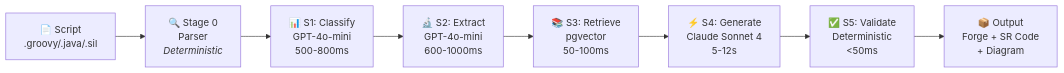
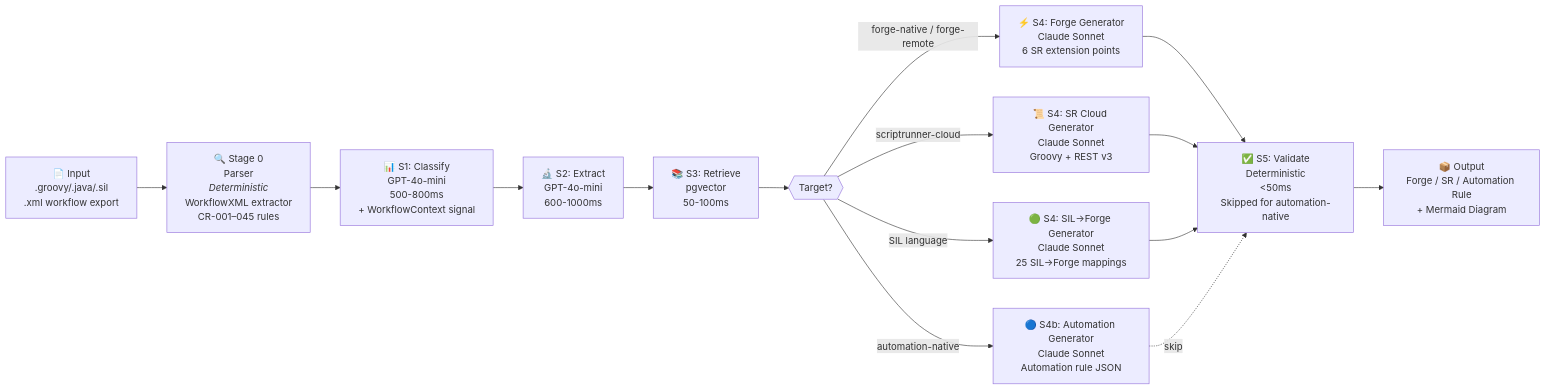
Before and after one commit to mranerov-creator/AtlasReforge: the third of 7 diagrams in docs/technical/architecture.md, drawn with Mermaid. The commit also changed other lines of this file and 3 other files, not shown here.

````diff
--- a/docs/technical/architecture.md
+++ b/docs/technical/architecture.md
@@ -70,14 +72,31 @@
 ```mermaid
 graph LR
-    Input["📄 Script<br/>.groovy/.java/.sil"]
-    
-    S0["🔍 Stage 0<br/>Parser<br/><i>Deterministic</i>"]
-    S1["📊 S1: Classify<br/>GPT-4o-mini<br/>500-800ms"]
+    Input["📄 Input<br/>.groovy/.java/.sil<br/>.xml workflow export"]
+
+    S0["🔍 Stage 0<br/>Parser<br/><i>Deterministic</i><br/>WorkflowXML extractor<br/>CR-001–045 rules"]
+    S1["📊 S1: Classify<br/>GPT-4o-mini<br/>500-800ms<br/>+ WorkflowContext signal"]
     S2["🔬 S2: Extract<br/>GPT-4o-mini<br/>600-1000ms"]
     S3["📚 S3: Retrieve<br/>pgvector<br/>50-100ms"]
-    S4["⚡ S4: Generate<br/>Claude Sonnet 4<br/>5-12s"]
-    S5["✅ S5: Validate<br/>Deterministic<br/><50ms"]
-    Output["📦 Output<br/>Forge + SR Code<br/>+ Diagram"]
-    
-    Input --> S0 --> S1 --> S2 --> S3 --> S4 --> S5 --> Output
+
+    Fork{{"Target?"}}
+
+    S4F["⚡ S4: Forge Generator<br/>Claude Sonnet<br/>6 SR extension points"]
+    S4B["🔵 S4b: Automation Generator<br/>Claude Sonnet<br/>Automation rule JSON"]
+    S4SR["📜 S4: SR Cloud Generator<br/>Claude Sonnet<br/>Groovy + REST v3"]
+    S4SIL["🟢 S4: SIL→Forge Generator<br/>Claude Sonnet<br/>25 SIL→Forge mappings"]
+
+    S5["✅ S5: Validate<br/>Deterministic<br/><50ms<br/>Skipped for automation-native"]
+
+    Output["📦 Output<br/>Forge / SR / Automation Rule<br/>+ Mermaid Diagram"]
+
+    Input --> S0 --> S1 --> S2 --> S3 --> Fork
+    Fork -->|"forge-native / forge-remote"| S4F
+    Fork -->|"automation-native"| S4B
+    Fork -->|"scriptrunner-cloud"| S4SR
+    Fork -->|"SIL language"| S4SIL
+    S4F --> S5
+    S4SR --> S5
+    S4SIL --> S5
+    S4B -.->|"skip"| S5
+    S5 --> Output
 ```
````
